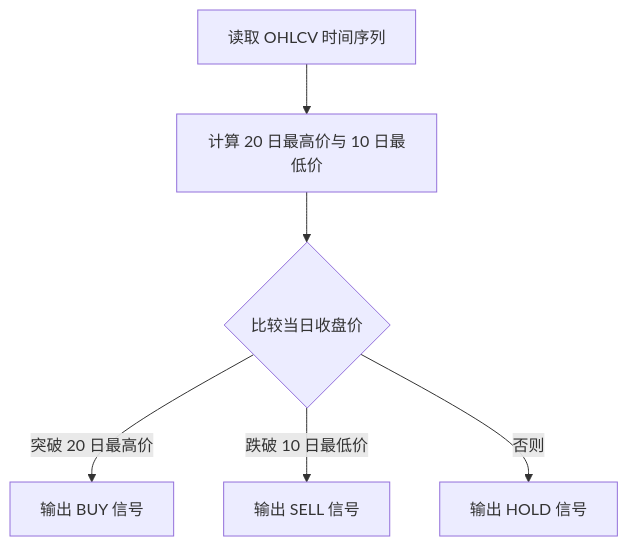
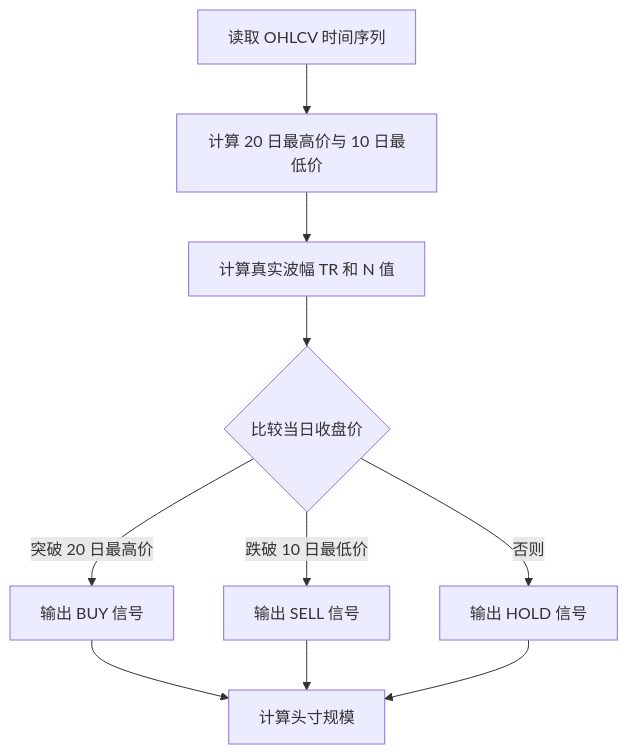
The fifth of 10 diagrams in .qoder/repowiki/zh/content/开发指南.md (raymodny-ai/The-Modern-Turtle-Protocol), drawn with Mermaid before and after one commit. The commit also changed other lines of this file and 15 other files, not shown here.

````diff
--- a/.qoder/repowiki/zh/content/开发指南.md
+++ b/.qoder/repowiki/zh/content/开发指南.md
@@ -209,8 +220,12 @@
 ```mermaid
 flowchart TD
 A["读取 OHLCV 时间序列"] --> B["计算 20 日最高价与 10 日最低价"]
-B --> C{"比较当日收盘价"}
-C --> |突破 20 日最高价| D["输出 BUY 信号"]
-C --> |跌破 10 日最低价| E["输出 SELL 信号"]
-C --> |否则| F["输出 HOLD 信号"]
+B --> C["计算真实波幅 TR 和 N 值"]
+C --> D{"比较当日收盘价"}
+D --> |突破 20 日最高价| E["输出 BUY 信号"]
+D --> |跌破 10 日最低价| F["输出 SELL 信号"]
+D --> |否则| G["输出 HOLD 信号"]
+E --> H["计算头寸规模"]
+F --> H
+G --> H
 ```
````
